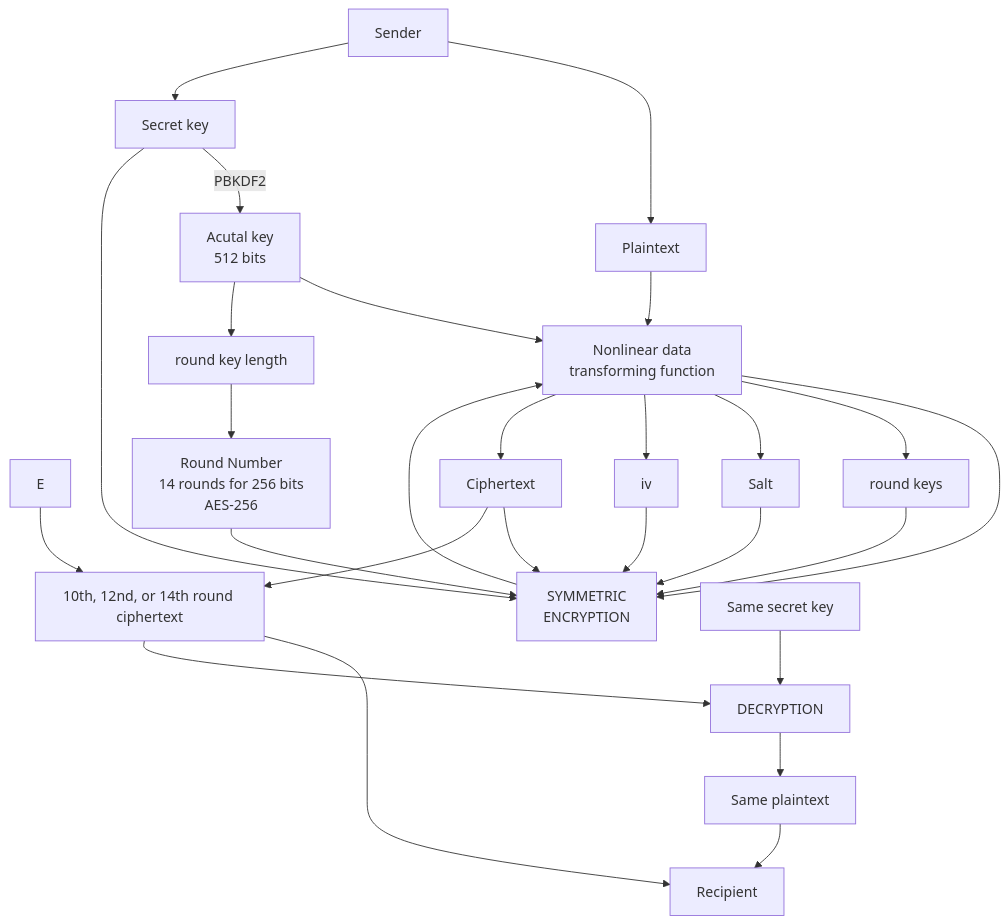
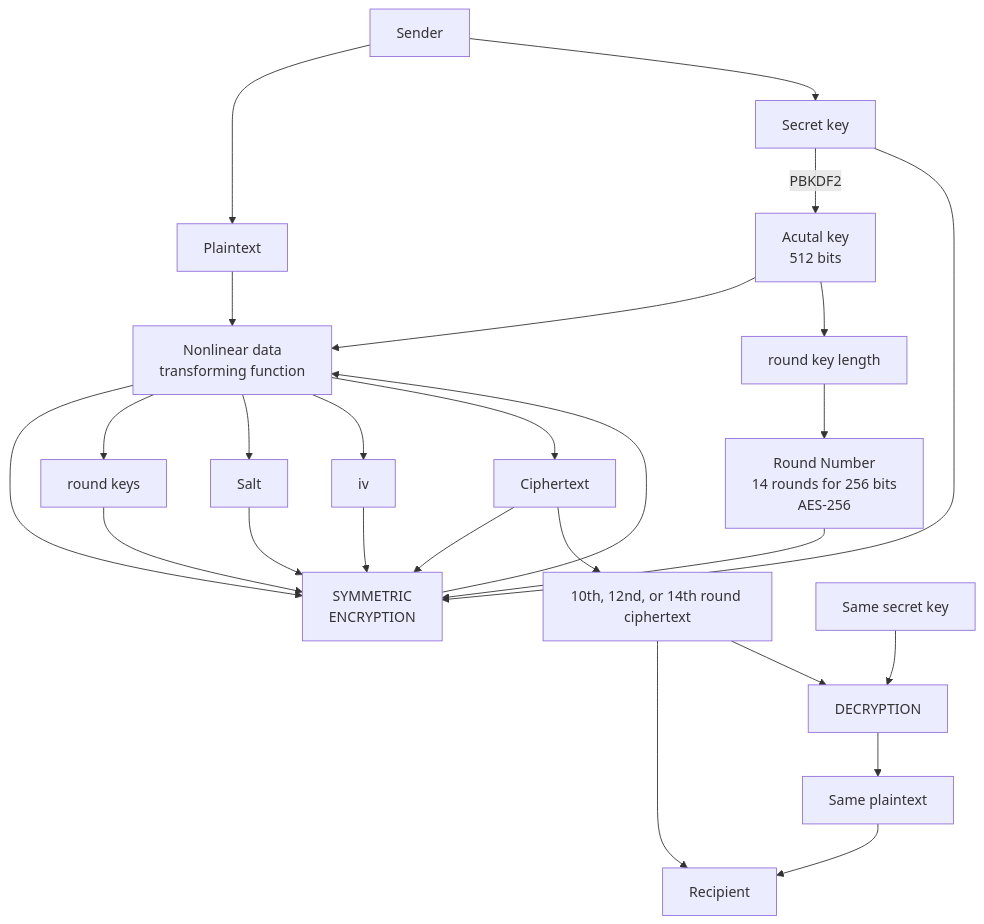
One commit to Kietpawpan/encryption changed the diagram in README.md. Above: the diagram before and after it, drawn with Mermaid.

````diff
--- a/README.md
+++ b/README.md
@@ -5,17 +5,17 @@
 ```mermaid
 flowchart TD
     A[Sender] --> B[Plaintext]-->FC
     C[Secret key]--PBKDF2-->AK[Acutal key\n512 bits]-->FC-->D[SYMMETRIC\nENCRYPTION]-->FC
-    E-->FN[10th, 12nd, or 14th round ciphertext]-->F[Recipient]
+    FN[10th, 12nd, or 14th round ciphertext]-->F[Recipient]
     C2[Same secret key]-->G[DECRYPTION]-->I[Same plaintext]-->F
      FN-->G
 A-->C-->D
 RK[round keys]-->D
 AK-->RKL[round key length]-->RN[Round Number\n14 rounds for 256 bits\nAES-256]-->D
 FC[Nonlinear data \ntransforming function]
 FC-->RK
 FC-->SL[Salt]-->D
 FC-->iv[iv]-->D
 FC-->CFT[Ciphertext]-->D
 CFT-->FN
 ```
````
